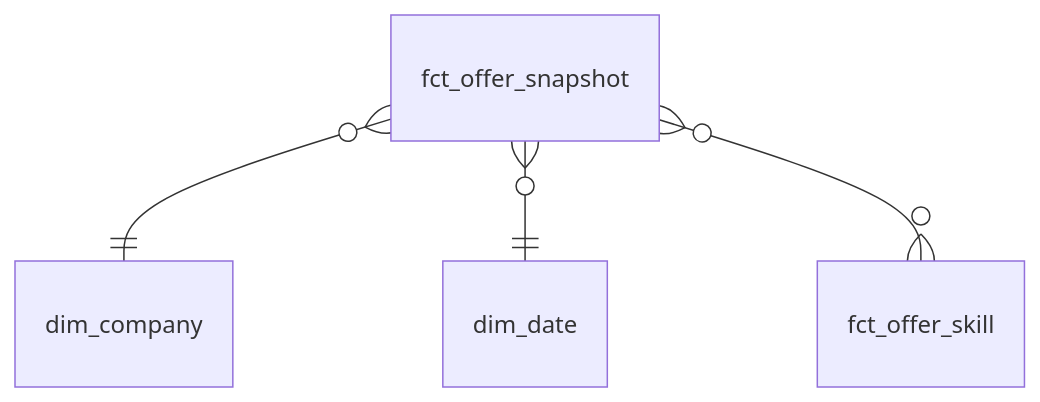
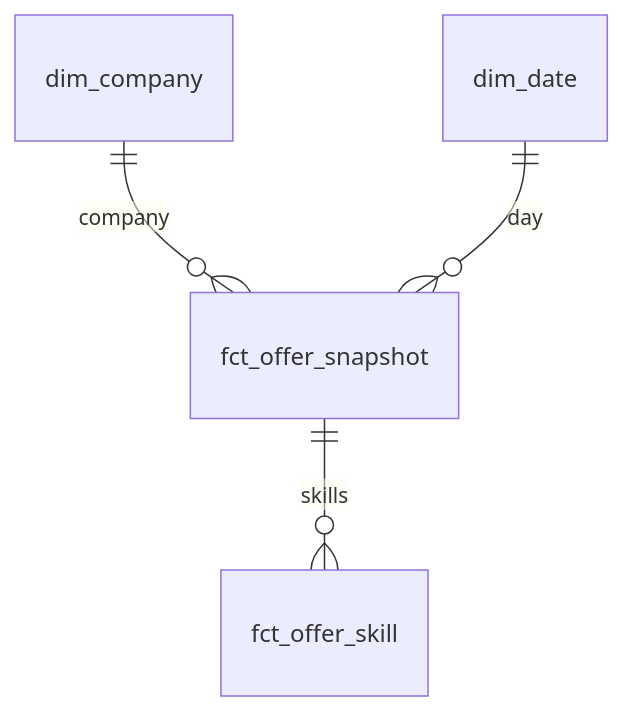
The diagram in docs/data-model.md (marek-sleszynski/poznan-it-market), drawn with Mermaid before and after one commit. The commit also changed other lines of this file and 7 other files, not shown here.

````diff
--- a/docs/data-model.md
+++ b/docs/data-model.md
@@ -13,6 +42,6 @@
 ```mermaid
 erDiagram
-    fct_offer_snapshot }o--|| dim_company : ""
-    fct_offer_snapshot }o--|| dim_date : ""
-    fct_offer_snapshot }o--o{ fct_offer_skill : ""
+    dim_company ||--o{ fct_offer_snapshot : company
+    dim_date ||--o{ fct_offer_snapshot : day
+    fct_offer_snapshot ||--o{ fct_offer_skill : skills
 ```
````
